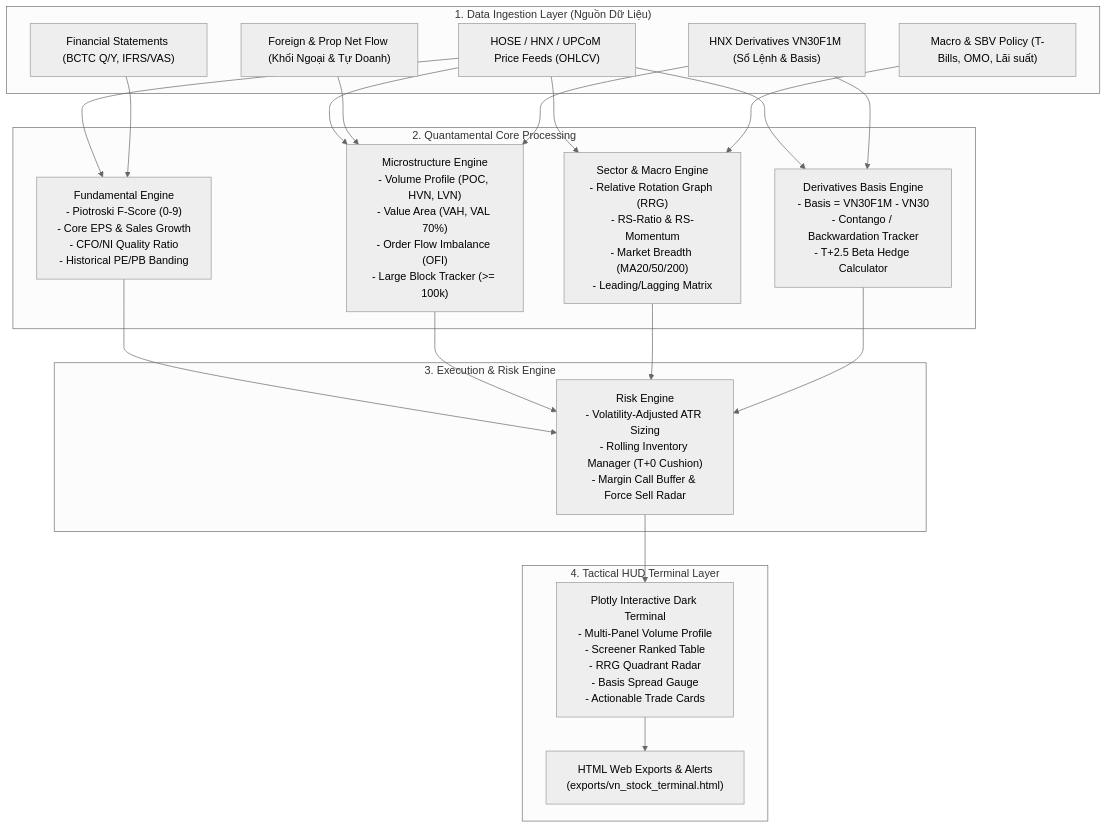
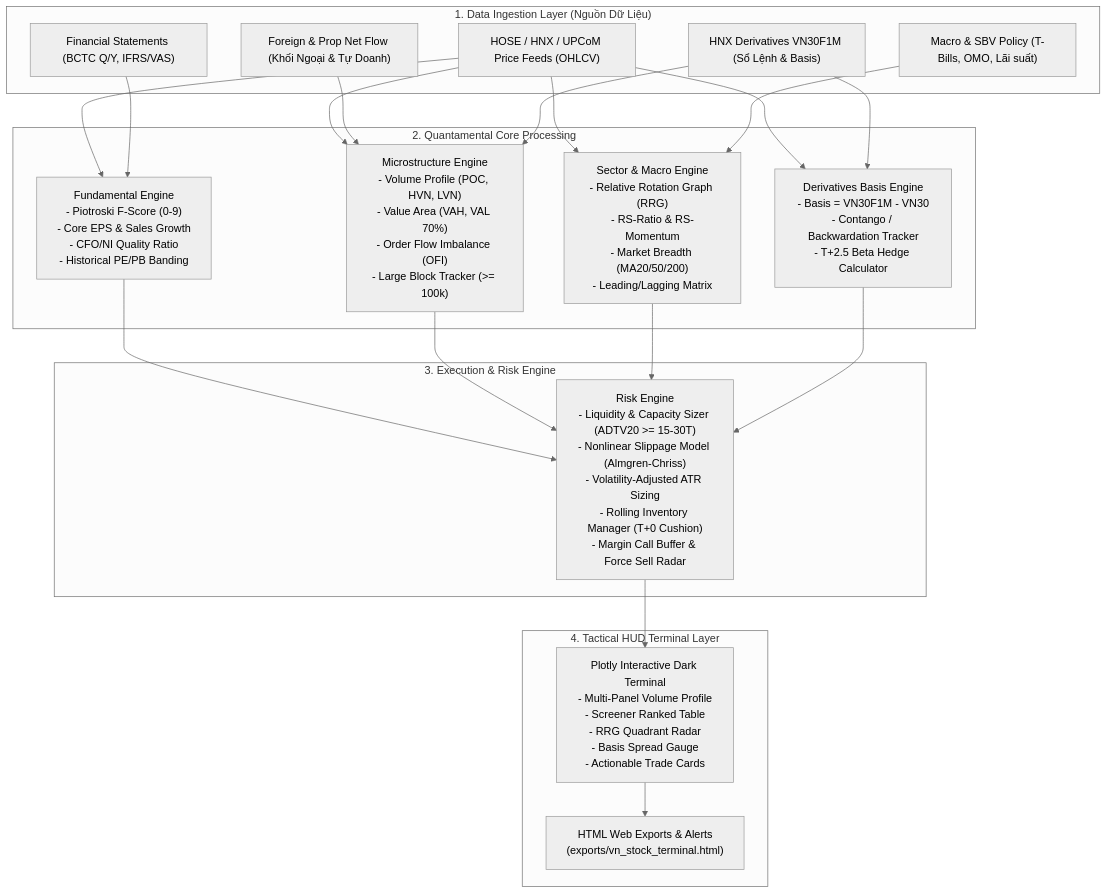
One commit to DaniNguyen2509/Neiro-Stock-VN changed the diagram in docs/architecture.md. Above: the diagram before and after it, drawn with Mermaid (neutral theme). The commit also changed other lines of this file and 19 other files, not shown here.

````diff
--- a/docs/architecture.md
+++ b/docs/architecture.md
@@ -7,35 +7,35 @@
 ```mermaid
 flowchart TD
     subgraph Data_Sources ["1. Data Ingestion Layer (Nguồn Dữ Liệu)"]
         D1["HOSE / HNX / UPCoM Price Feeds (OHLCV)"]
         D2["Financial Statements (BCTC Q/Y, IFRS/VAS)"]
         D3["Foreign & Prop Net Flow (Khối Ngoại & Tự Doanh)"]
         D4["HNX Derivatives VN30F1M (Sổ Lệnh & Basis)"]
         D5["Macro & SBV Policy (T-Bills, OMO, Lãi suất)"]
     end
 
     subgraph Quant_Engines ["2. Quantamental Core Processing"]
         FE["Fundamental Engine\n- Piotroski F-Score (0-9)\n- Core EPS & Sales Growth\n- CFO/NI Quality Ratio\n- Historical PE/PB Banding"]
         ME["Microstructure Engine\n- Volume Profile (POC, HVN, LVN)\n- Value Area (VAH, VAL 70%)\n- Order Flow Imbalance (OFI)\n- Large Block Tracker (>= 100k)"]
         SE["Sector & Macro Engine\n- Relative Rotation Graph (RRG)\n- RS-Ratio & RS-Momentum\n- Market Breadth (MA20/50/200)\n- Leading/Lagging Matrix"]
         DE["Derivatives Basis Engine\n- Basis = VN30F1M - VN30\n- Contango / Backwardation Tracker\n- T+2.5 Beta Hedge Calculator"]
     end
 
     subgraph Risk_Orchestrator ["3. Execution & Risk Engine"]
-        RE["Risk Engine\n- Volatility-Adjusted ATR Sizing\n- Rolling Inventory Manager (T+0 Cushion)\n- Margin Call Buffer & Force Sell Radar"]
+        RE["Risk Engine\n- Liquidity & Capacity Sizer (ADTV20 >= 15-30T)\n- Nonlinear Slippage Model (Almgren-Chriss)\n- Volatility-Adjusted ATR Sizing\n- Rolling Inventory Manager (T+0 Cushion)\n- Margin Call Buffer & Force Sell Radar"]
     end
 
     subgraph HUD_Presentation ["4. Tactical HUD Terminal Layer"]
         HUD["Plotly Interactive Dark Terminal\n- Multi-Panel Volume Profile\n- Screener Ranked Table\n- RRG Quadrant Radar\n- Basis Spread Gauge\n- Actionable Trade Cards"]
         OUT["HTML Web Exports & Alerts\n(exports/vn_stock_terminal.html)"]
     end
 
     D1 & D2 --> FE
     D1 & D3 & D4 --> ME
     D1 & D5 --> SE
     D1 & D4 --> DE
 
     FE & ME & SE & DE --> RE
     RE --> HUD
     HUD --> OUT
 ```
````
